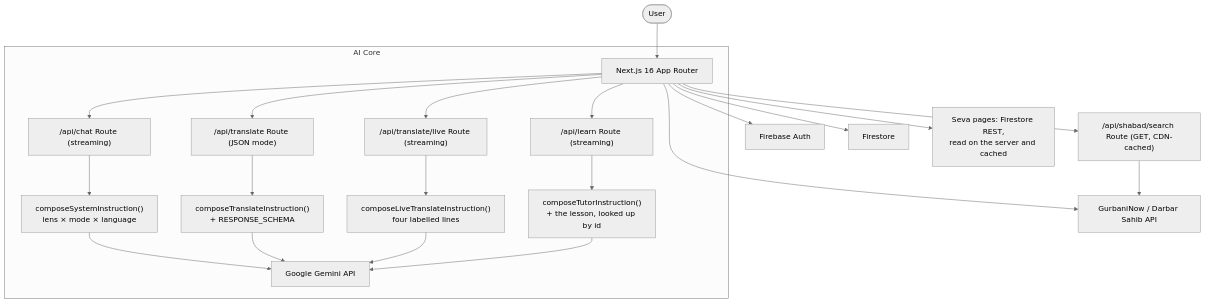
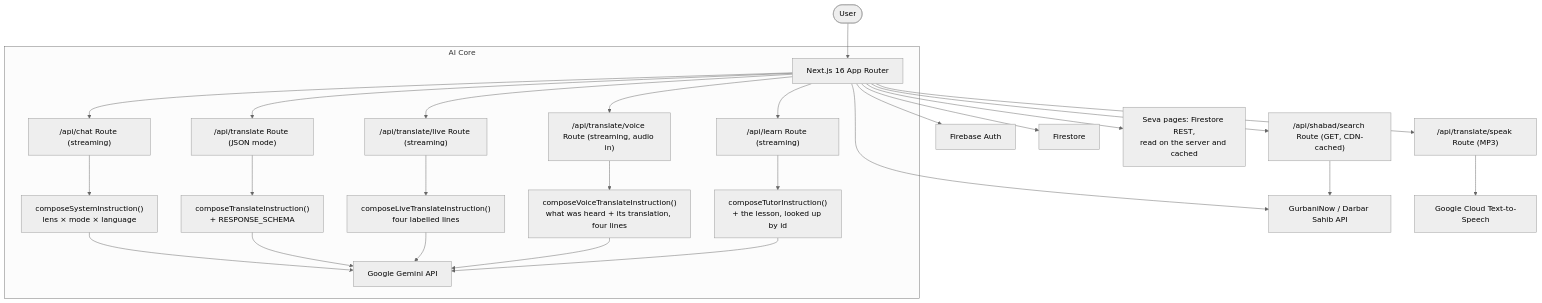
Before and after one commit to rohan1234usa/sikh-ai: the diagram in README.md, drawn with Mermaid (neutral theme). The commit also changed other lines of this file and 71 other files, not shown here.

````diff
--- a/README.md
+++ b/README.md
@@ -38,25 +38,30 @@
 ```mermaid
 graph TD
     User([User]) --> Next[Next.js 16 App Router]
     Next --> Auth[Firebase Auth]
     Next --> DB[Firestore]
     Next --> SevaPages["Seva pages: Firestore REST,<br/>read on the server and cached"]
     Next --> Hukam[GurbaniNow / Darbar Sahib API]
     Next --> SRoute["/api/shabad/search Route (GET, CDN-cached)"]
     SRoute --> Hukam
 
     subgraph "AI Core"
     Next --> Route["/api/chat Route (streaming)"]
     Route --> Compose["composeSystemInstruction()<br/>lens × mode × language"]
     Next --> TRoute["/api/translate Route (JSON mode)"]
     TRoute --> TCompose["composeTranslateInstruction()<br/>+ RESPONSE_SCHEMA"]
     Next --> LiveRoute["/api/translate/live Route (streaming)"]
     LiveRoute --> LiveCompose["composeLiveTranslateInstruction()<br/>four labelled lines"]
+    Next --> VoiceRoute["/api/translate/voice Route (streaming, audio in)"]
+    VoiceRoute --> VoiceCompose["composeVoiceTranslateInstruction()<br/>what was heard + its translation, four lines"]
     Next --> LRoute["/api/learn Route (streaming)"]
     LRoute --> LCompose["composeTutorInstruction()<br/>+ the lesson, looked up by id"]
     Compose --> Gemini[Google Gemini API]
     TCompose --> Gemini
     LiveCompose --> Gemini
+    VoiceCompose --> Gemini
     LCompose --> Gemini
     end
+    Next --> SpeakRoute["/api/translate/speak Route (MP3)"]
+    SpeakRoute --> TTS[Google Cloud Text-to-Speech]
 ```
````
